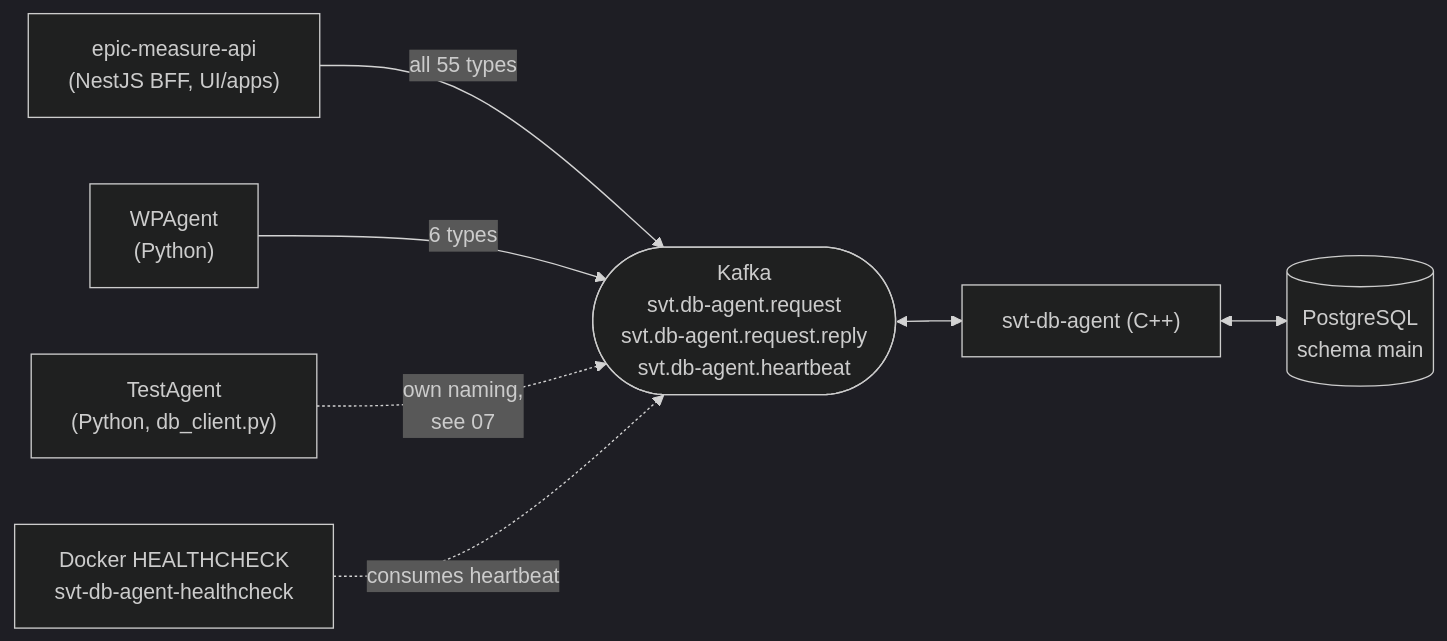
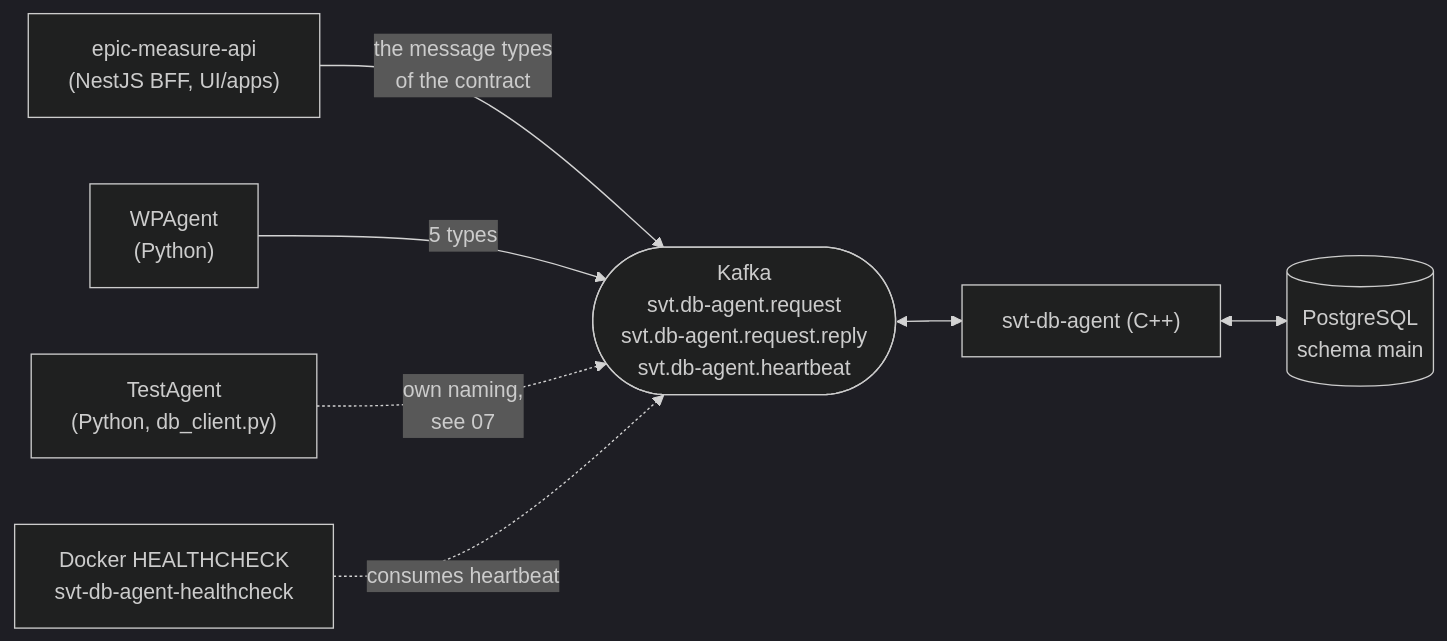
The diagram in DbAgent/docs/README.md (SVT-WP2/SVTSW), drawn with Mermaid (dark theme) before and after one commit. The commit also changed other lines of this file and 918 other files, not shown here.

````diff
--- a/DbAgent/docs/README.md
+++ b/DbAgent/docs/README.md
@@ -120,10 +148,10 @@
 ```mermaid
 flowchart LR
-    UI["epic-measure-api<br/>(NestJS BFF, UI/apps)"] -->|"all 55 types"| K
-    WP["WPAgent<br/>(Python)"] -->|"6 types"| K
+    UI["epic-measure-api<br/>(NestJS BFF, UI/apps)"] -->|"the message types<br/>of the contract"| K
+    WP["WPAgent<br/>(Python)"] -->|"5 types"| K
     TA["TestAgent<br/>(Python, db_client.py)"] -.->|"own naming,<br/>see 07"| K
     K(["Kafka<br/>svt.db-agent.request<br/>svt.db-agent.request.reply<br/>svt.db-agent.heartbeat"])
     K <--> A["svt-db-agent (C++)"]
     A <--> P[("PostgreSQL<br/>schema main")]
     HC["Docker HEALTHCHECK<br/>svt-db-agent-healthcheck"] -.->|"consumes heartbeat"| K
 ```
````
